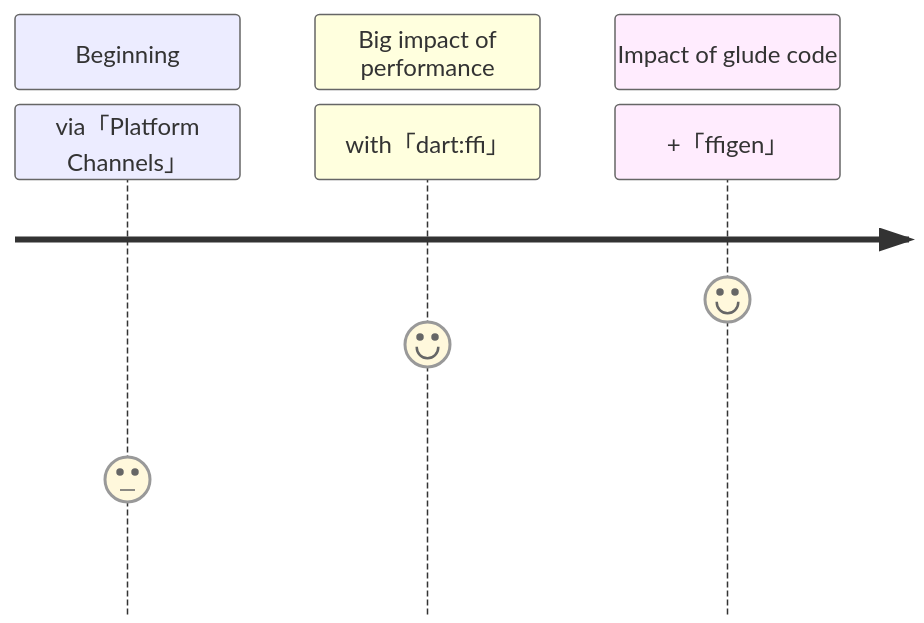
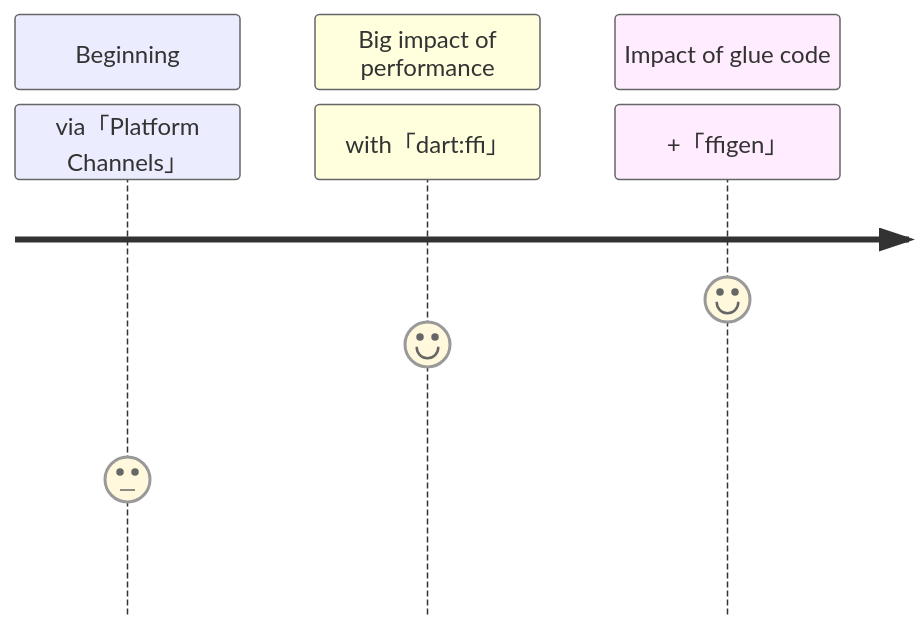
One commit to sensuikan1973/flutter_expensive_native_embedding_journey changed the first of 3 diagrams in slide/pages/journey_native_C_APIs.md. Above: the diagram before and after it, drawn with Mermaid. The commit also changed other lines of this file and 1 other file, not shown here.

````diff
--- a/slide/pages/journey_native_C_APIs.md
+++ b/slide/pages/journey_native_C_APIs.md
@@ -27,9 +27,9 @@
 ```mermaid {scale: 0.6}
 journey
     section Beginning
         via「Platform Channels」: 3
     section Big impact of performance
         with「dart#58;ffi」 : 6
-    section Impact of glude code
+    section Impact of glue code
         +「ffigen」 : 7
 ```
````
